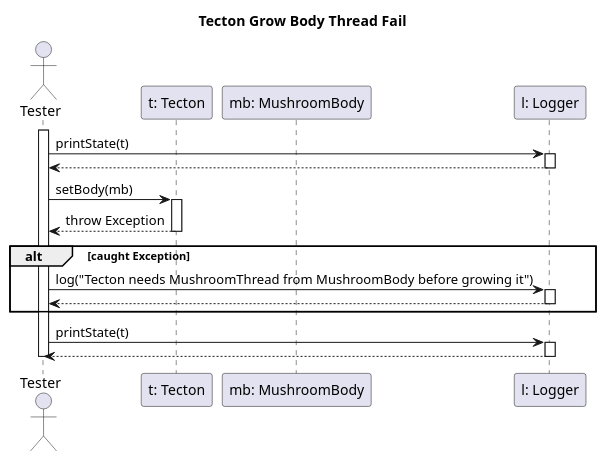
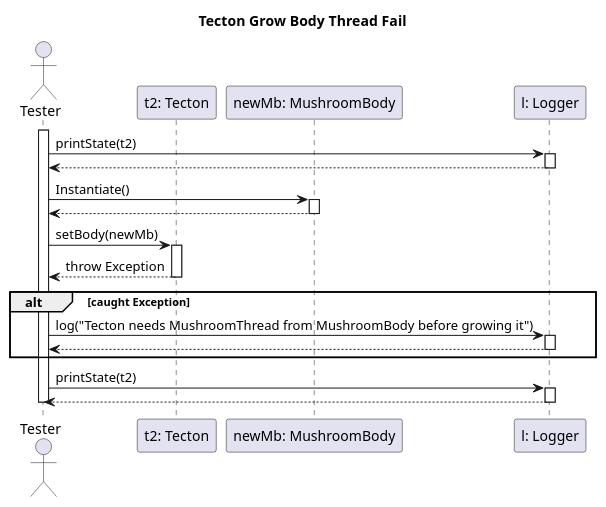
Before and after one commit to dzsem/projlab: the diagram in diagrams/test-sequence/tectonGrowBodyThreadFail.puml, drawn with PlantUML. The commit also changed 12 other files, not shown here.

```diff
--- a/diagrams/test-sequence/tectonGrowBodyThreadFail.puml
+++ b/diagrams/test-sequence/tectonGrowBodyThreadFail.puml
@@ -1,37 +1,42 @@
 @startuml tectonGrowBodyTest
 
 title Tecton Grow Body Thread Fail
 
 actor "Tester" as ts
-participant "t: Tecton" as t
-participant "mb: MushroomBody" as mb
+participant "t2: Tecton" as t2
+participant "newMb: MushroomBody" as newMb
 participant "l: Logger" as l
 
 activate ts
 
-ts -> l: printState(t)
+ts -> l: printState(t2)
 activate l
 ts <-- l
 deactivate l
 
-ts -> t: setBody(mb)
-activate t
+ts -> newMb: Instantiate()
+activate newMb
+ts <-- newMb
+deactivate newMb
 
-ts <-- t: throw Exception
-deactivate t
+ts -> t2: setBody(newMb)
+activate t2
+
+ts <-- t2: throw Exception
+deactivate t2
 
 alt caught Exception
     ts -> l: log("Tecton needs MushroomThread from MushroomBody before growing it")
     activate l
     ts <-- l
     deactivate l    
 end
 
-ts -> l: printState(t)
+ts -> l: printState(t2)
 activate l
 ts <-- l
 deactivate l
 
 deactivate ts
 
 @enduml
```
